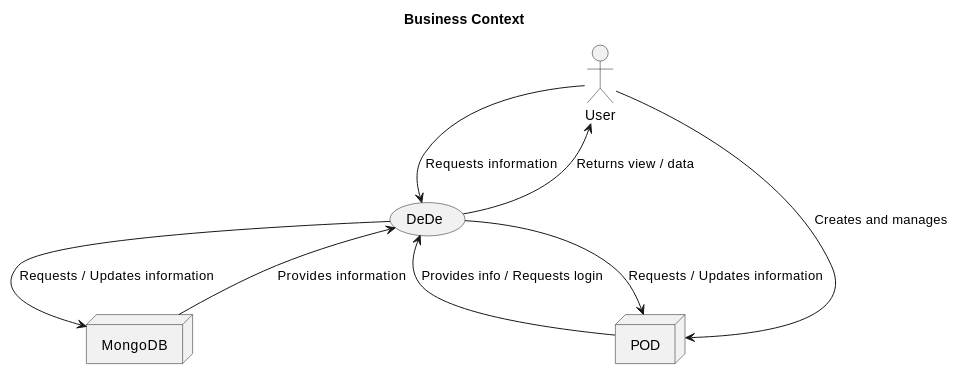
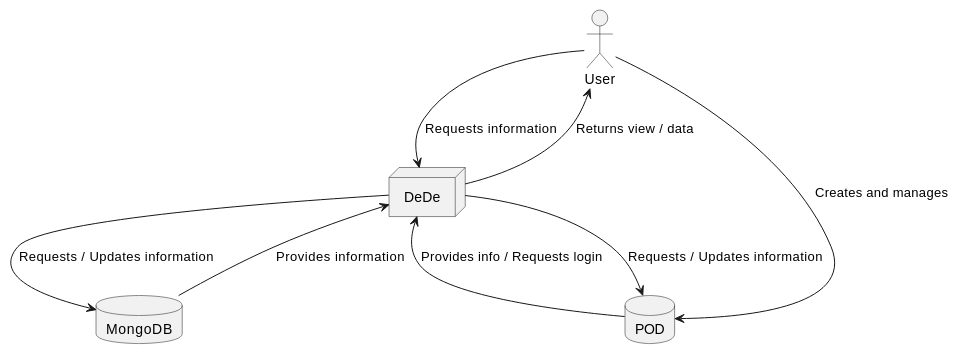
Before and after one commit to Arquisoft/dede_en1b: the diagram in docs/03_system_scope_and_context.adoc, drawn with PlantUML. The commit also changed 1 other file, not shown here.

Commit message:
Doc 5 finished

```diff
--- a/docs/03_system_scope_and_context.adoc
+++ b/docs/03_system_scope_and_context.adoc
@@ -8,16 +8,16 @@
 [plantuml]
 ....
 @startuml
-title Business Context
 Actor User
-node POD
-node MongoDB
-User -> (DeDe) : Requests information
+database POD
+database MongoDB
+node DeDe
+User -> DeDe : Requests information
 User -> POD : Creates and manages
-(DeDe) --> User : Returns view / data
-(DeDe) --> POD : Requests / Updates information
-(DeDe) --> MongoDB : Requests / Updates information
-POD --> (DeDe) : Provides info / Requests login
-MongoDB --> (DeDe) : Provides information
+DeDe --> User : Returns view / data
+DeDe --> POD : Requests / Updates information
+DeDe --> MongoDB : Requests / Updates information
+POD --> DeDe : Provides info / Requests login
+MongoDB --> DeDe : Provides information
 @enduml
 ....
```
